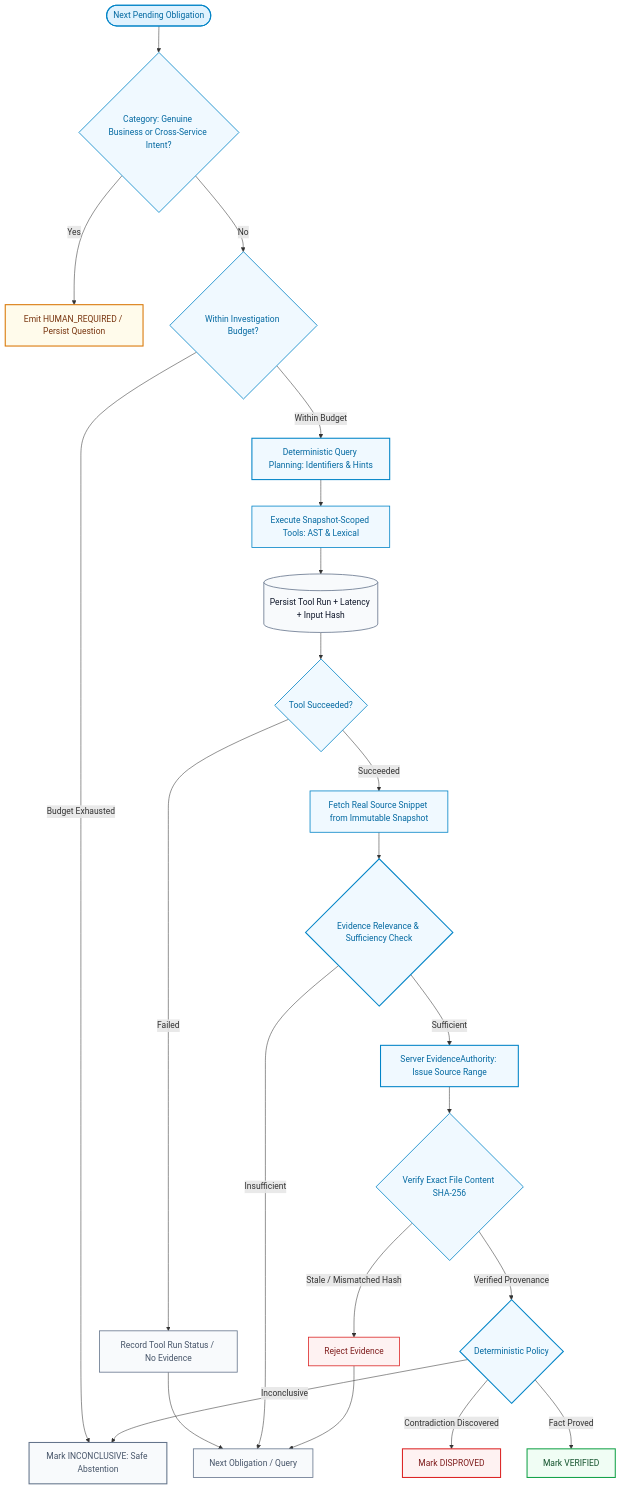
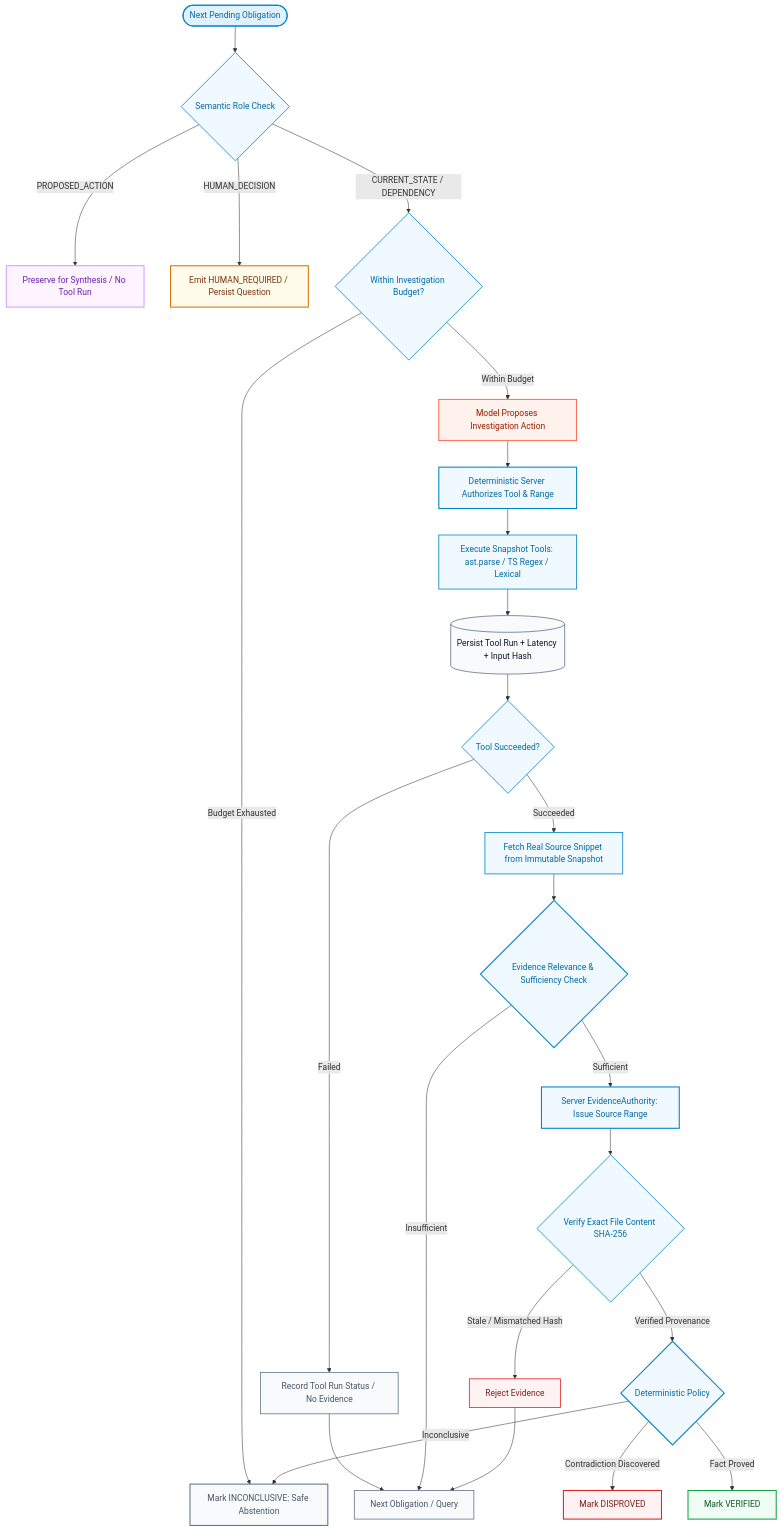
One commit to NikhilRaikwar/PlanProof changed the second of 4 diagrams in README.md. Above: the diagram before and after it, drawn with Mermaid. The commit also changed other lines of this file and 1 other file, not shown here.

Commit message:
docs: align PlanProof with evidence-grounded planning workflow

````diff
--- a/README.md
+++ b/README.md
@@ -191,51 +222,55 @@
 ```mermaid
 flowchart TD
-  Start([Next Pending Obligation]) --> CheckCat{Category: Genuine Business or Cross-Service Intent?}
-  CheckCat -->|Yes| HumanState[Emit HUMAN_REQUIRED / Persist Question]
-  CheckCat -->|No| CheckBudget{Within Investigation Budget?}
+  Start([Next Pending Obligation]) --> CheckRole{Semantic Role Check}
+  CheckRole -->|PROPOSED_ACTION| ActionPreserve[Preserve for Synthesis / No Tool Run]
+  CheckRole -->|HUMAN_DECISION| HumanState[Emit HUMAN_REQUIRED / Persist Question]
+  CheckRole -->|CURRENT_STATE / DEPENDENCY| CheckBudget{Within Investigation Budget?}
 
   CheckBudget -->|Budget Exhausted| InconclusiveState[Mark INCONCLUSIVE: Safe Abstention]
-  CheckBudget -->|Within Budget| QueryPlan[Deterministic Query Planning: Identifiers & Hints]
+  CheckBudget -->|Within Budget| InvProposal[Model Proposes Investigation Action]
 
-  QueryPlan --> ExecuteTool[Execute Snapshot-Scoped Tools: AST & Lexical]
+  InvProposal --> AuthTool[Deterministic Server Authorizes Tool & Range]
+  AuthTool --> ExecuteTool[Execute Snapshot Tools: ast.parse / TS Regex / Lexical]
   ExecuteTool --> RecordToolRun[(Persist Tool Run + Latency + Input Hash)]
 
   RecordToolRun --> CheckToolStatus{Tool Succeeded?}
   CheckToolStatus -->|Failed| ToolFailEvent[Record Tool Run Status / No Evidence]
   ToolFailEvent --> BoundedLoop[Next Obligation / Query]
 
   CheckToolStatus -->|Succeeded| FetchSnippet[Fetch Real Source Snippet from Immutable Snapshot]
   FetchSnippet --> CheckSufficiency{Evidence Relevance & Sufficiency Check}
 
   CheckSufficiency -->|Insufficient| BoundedLoop
   CheckSufficiency -->|Sufficient| IssueEvidence[Server EvidenceAuthority: Issue Source Range]
 
   IssueEvidence --> ValidateProvenance{Verify Exact File Content SHA-256}
   ValidateProvenance -->|Stale / Mismatched Hash| DropEvidence[Reject Evidence]
   DropEvidence --> BoundedLoop
 
   ValidateProvenance -->|Verified Provenance| ApplyPolicy{Deterministic Policy}
   ApplyPolicy -->|Contradiction Discovered| Disproved[Mark DISPROVED]
   ApplyPolicy -->|Fact Proved| Verified[Mark VERIFIED]
   ApplyPolicy -->|Inconclusive| InconclusiveState
 
   style Start fill:#e0f2fe,stroke:#0284c7,stroke-width:2px,color:#0369a1
-  style CheckCat fill:#f0f9ff,stroke:#0284c7,stroke-width:1.5px,color:#0369a1
+  style CheckRole fill:#f0f9ff,stroke:#0284c7,stroke-width:1.5px,color:#0369a1
+  style ActionPreserve fill:#fdf4ff,stroke:#c084fc,stroke-width:1.5px,color:#6b21a8
   style CheckBudget fill:#f0f9ff,stroke:#0284c7,stroke-width:1.5px,color:#0369a1
-  style QueryPlan fill:#f0f9ff,stroke:#0284c7,stroke-width:2px,color:#0369a1
+  style InvProposal fill:#fff1eb,stroke:#ff4d2e,stroke-width:1.5px,color:#9a1c00
+  style AuthTool fill:#f0f9ff,stroke:#0284c7,stroke-width:2px,color:#0369a1
   style ExecuteTool fill:#f0f9ff,stroke:#0284c7,stroke-width:1.5px,color:#0369a1
   style RecordToolRun fill:#f8fafc,stroke:#64748b,stroke-width:1.5px,color:#0f172a
   style CheckToolStatus fill:#f0f9ff,stroke:#0284c7,stroke-width:1.5px,color:#0369a1
   style FetchSnippet fill:#f0f9ff,stroke:#0284c7,stroke-width:1.5px,color:#0369a1
   style CheckSufficiency fill:#f0f9ff,stroke:#0284c7,stroke-width:2px,color:#0369a1
   style IssueEvidence fill:#f0f9ff,stroke:#0284c7,stroke-width:2px,color:#0369a1
   style ValidateProvenance fill:#f0f9ff,stroke:#0284c7,stroke-width:1.5px,color:#0369a1
   style ApplyPolicy fill:#f0f9ff,stroke:#0284c7,stroke-width:2px,color:#0369a1
   style HumanState fill:#fffbeb,stroke:#d97706,stroke-width:2px,color:#78350f
   style Disproved fill:#fef2f2,stroke:#dc2626,stroke-width:2px,color:#7f1d1d
   style Verified fill:#f0fdf4,stroke:#16a34a,stroke-width:2px,color:#14532d
   style InconclusiveState fill:#f8fafc,stroke:#64748b,stroke-width:2px,color:#475569
   style DropEvidence fill:#fef2f2,stroke:#dc2626,stroke-width:1.5px,color:#7f1d1d
   style ToolFailEvent fill:#f8fafc,stroke:#64748b,stroke-width:1.5px,color:#475569
   style BoundedLoop fill:#f8fafc,stroke:#64748b,stroke-width:1.5px,color:#475569
 ```
````
